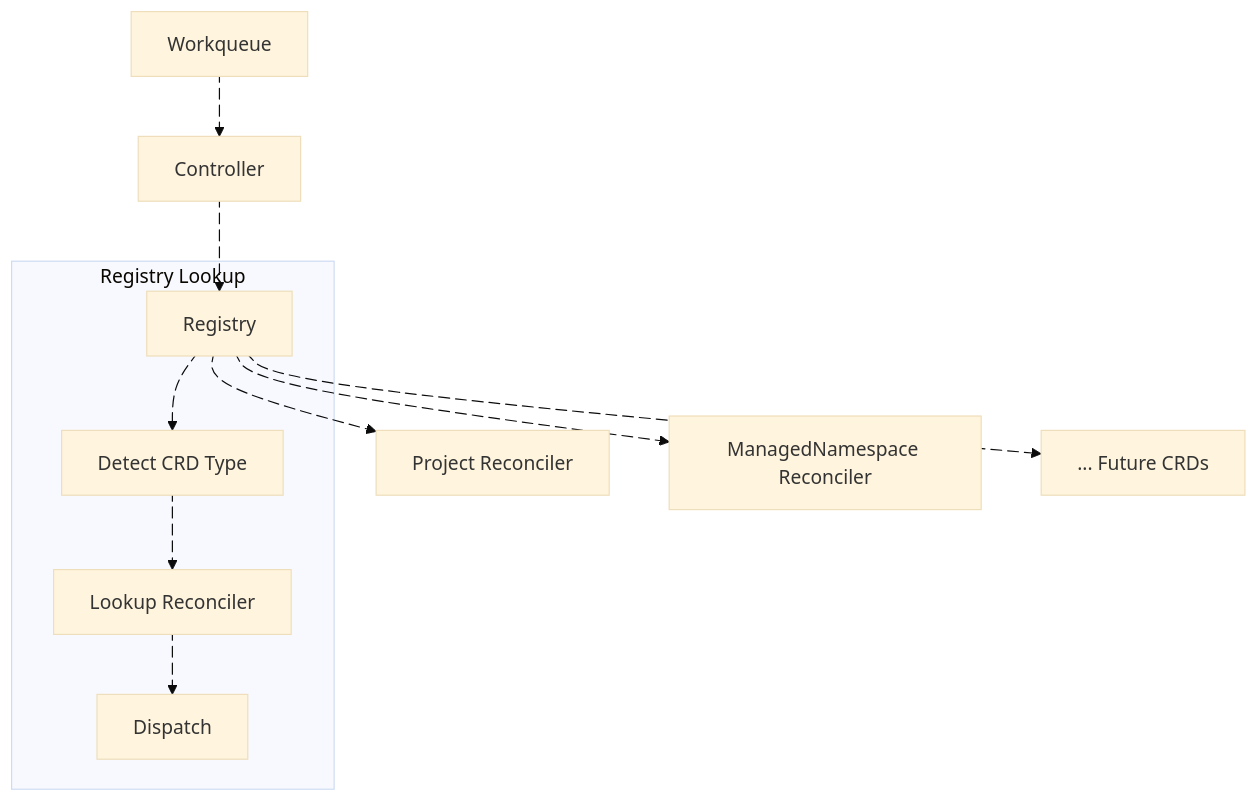
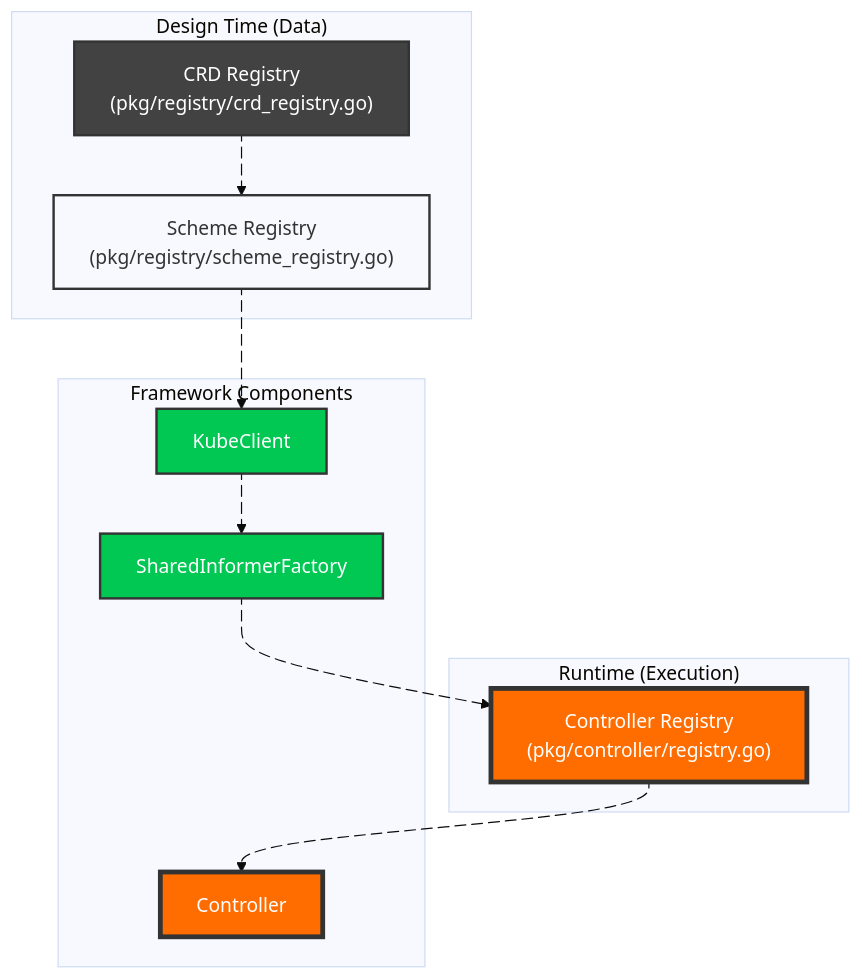
Before and after one commit to iAlexeze/kubernetes-crd-example: the first of 2 diagrams in docs/ArchitecturalDeepDive.md, drawn with Mermaid (base theme). The commit also changed other lines of this file and 23 other files, not shown here.

First line of the commit message:
feat(registry): implement three-registry architecture for zero-boilerplate CRD management

````diff
--- a/docs/ArchitecturalDeepDive.md
+++ b/docs/ArchitecturalDeepDive.md
@@ -365,24 +23,33 @@
 ```mermaid
 flowchart TB
- subgraph subGraph0["Registry Lookup"]
-        D["Detect CRD Type"]
-        R["Registry"]
-        L["Lookup Reconciler"]
-        Dispatch["Dispatch"]
+ subgraph subGraph0["Design Time (Data)"]
+        CR["CRD Registry<br>(pkg/registry/crd_registry.go)"]
+        SR["Scheme Registry<br>(pkg/registry/scheme_registry.go)"]
   end
-    Q["Workqueue"] L_Q_C_0@--> C["Controller"]
-    C L_C_R_0@--> R
-    R L_R_P_0@--> P["Project Reconciler"] & M["ManagedNamespace Reconciler"] & X["... Future CRDs"] & D
-    D L_D_L_0@--> L
-    L L_L_Dispatch_0@--> Dispatch
+ subgraph subGraph1["Runtime (Execution)"]
+        CTR["Controller Registry<br>(pkg/controller/registry.go)"]
+  end
+ subgraph subGraph2["Framework Components"]
+        KC["KubeClient"]
+        SIF["SharedInformerFactory"]
+        C["Controller"]
+  end
+    CR L_CR_SR_0@--> SR
+    SR L_SR_KC_0@--> KC
+    KC L_KC_SIF_0@--> SIF
+    SIF L_SIF_CTR_0@--> CTR
+    CTR L_CTR_C_0@--> C
 
+    style CR fill:#424242,stroke:#333,stroke-width:2px,color:#FFFFFF
+    style SR fill:transparent,stroke:#333,stroke-width:2px
+    style CTR fill:#FF6D00,stroke:#333,stroke-width:4px,color:#FFFFFF
+    style KC fill:#00C853,stroke:#333,stroke-width:2px,color:#FFFFFF
+    style SIF fill:#00C853,stroke:#333,stroke-width:2px,color:#FFFFFF
+    style C fill:#FF6D00,stroke:#333,stroke-width:4px,color:#FFFFFF
 
-    L_Q_C_0@{ animation: fast } 
-    L_C_R_0@{ animation: fast } 
-    L_R_P_0@{ animation: fast } 
-    L_R_M_0@{ animation: fast } 
-    L_R_X_0@{ animation: fast } 
-    L_R_D_0@{ animation: fast } 
-    L_D_L_0@{ animation: fast } 
-    L_L_Dispatch_0@{ animation: fast }
+    L_CR_SR_0@{ animation: fast } 
+    L_SR_KC_0@{ animation: fast } 
+    L_KC_SIF_0@{ animation: fast } 
+    L_SIF_CTR_0@{ animation: fast } 
+    L_CTR_C_0@{ animation: fast }
 ```
````
